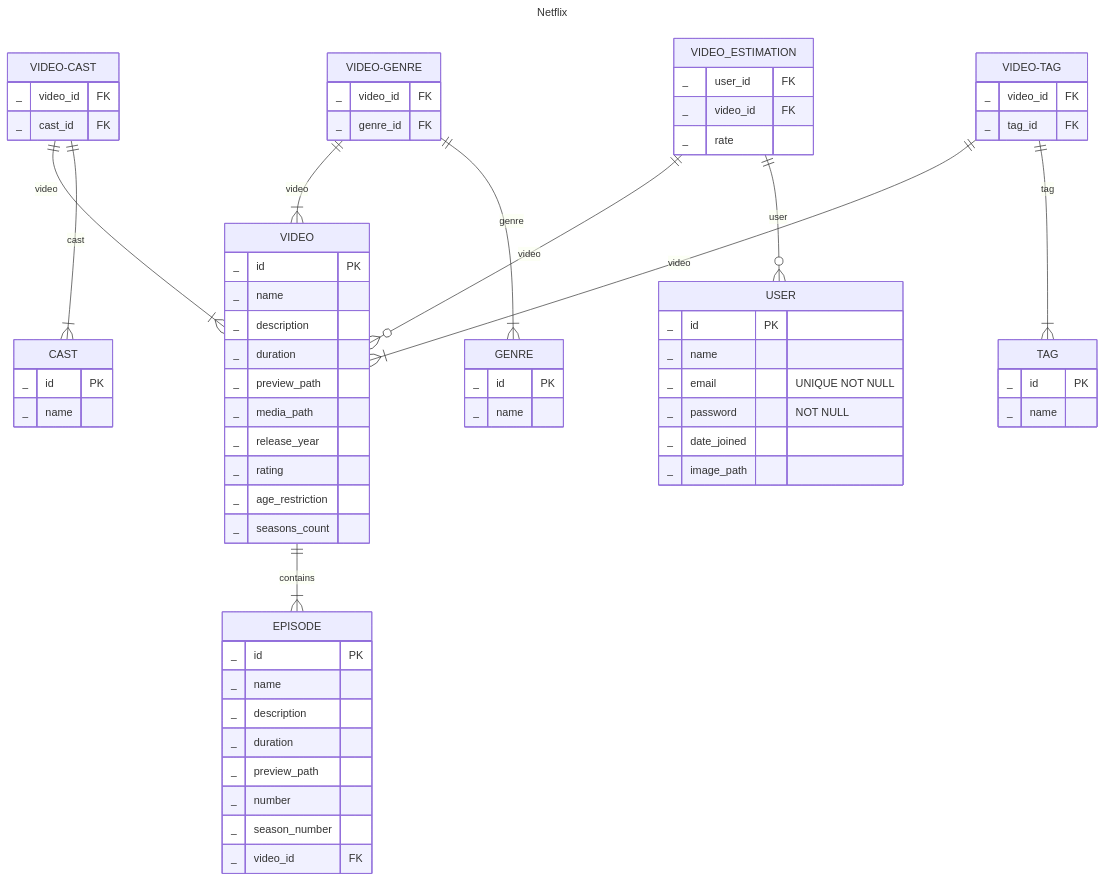
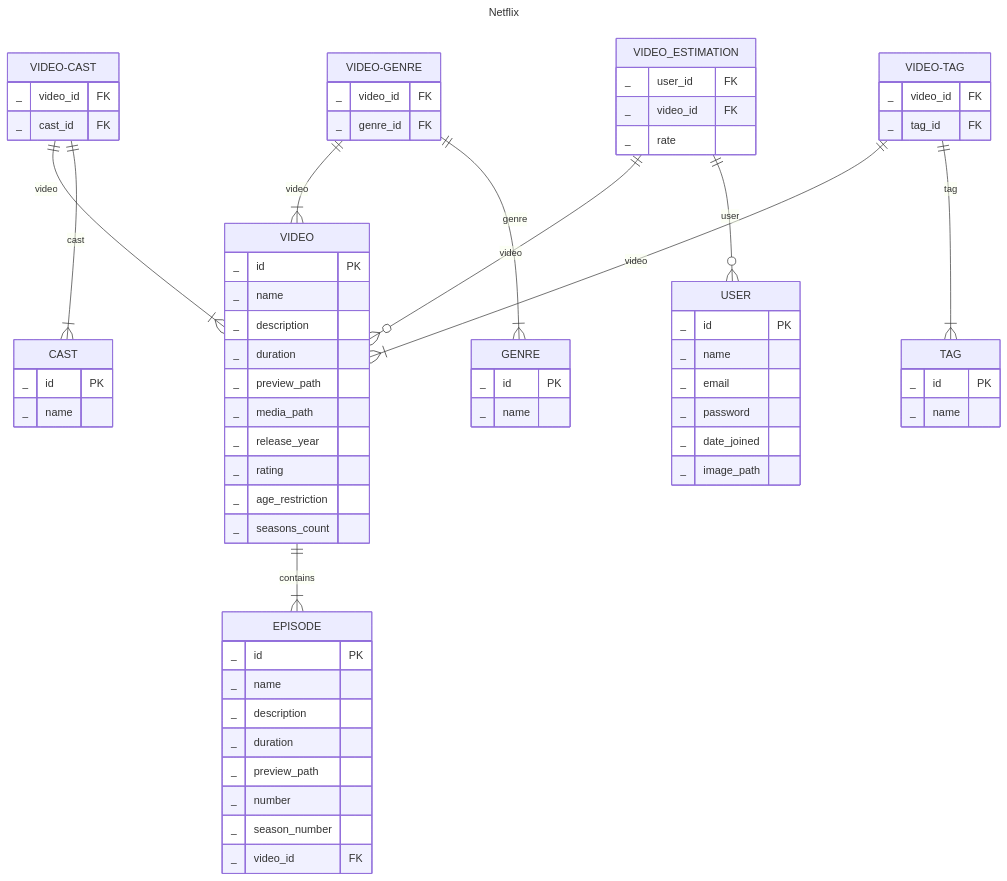
One commit to go-park-mail-ru/2023_2_Holi changed the diagram in README.md. Above: the diagram before and after it, drawn with Mermaid. The commit also changed other lines of this file, not shown here.

```diff
--- a/README.md
+++ b/README.md
@@ -92,8 +95,8 @@
     USER {
         _ id PK
         _ name
-        _ email "UNIQUE NOT NULL"
-        _ password "NOT NULL"
+        _ email
+        _ password
         _ date_joined
         _ image_path
     }
```
